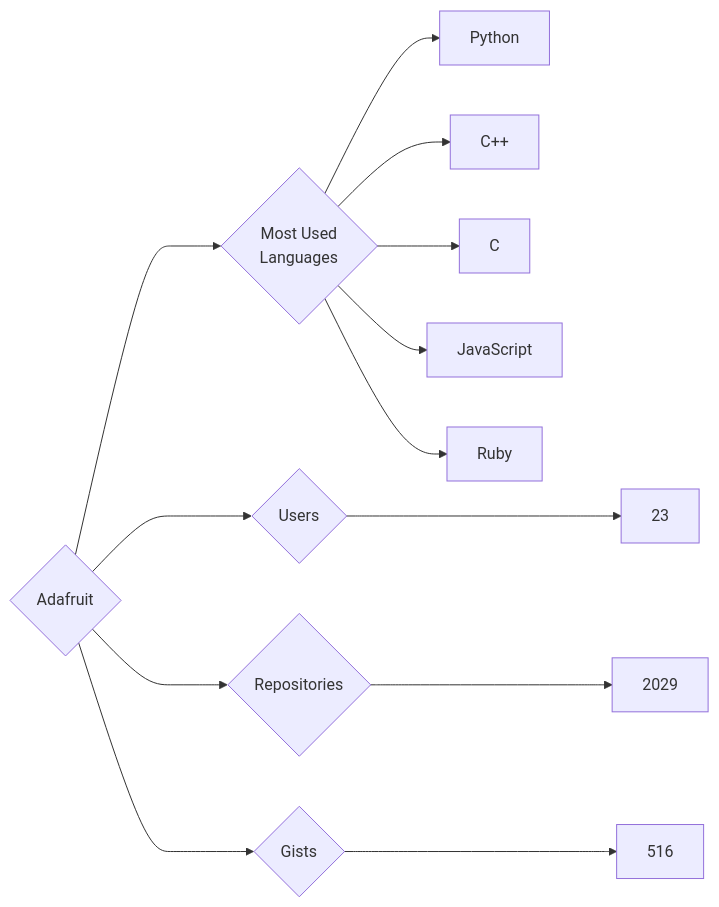
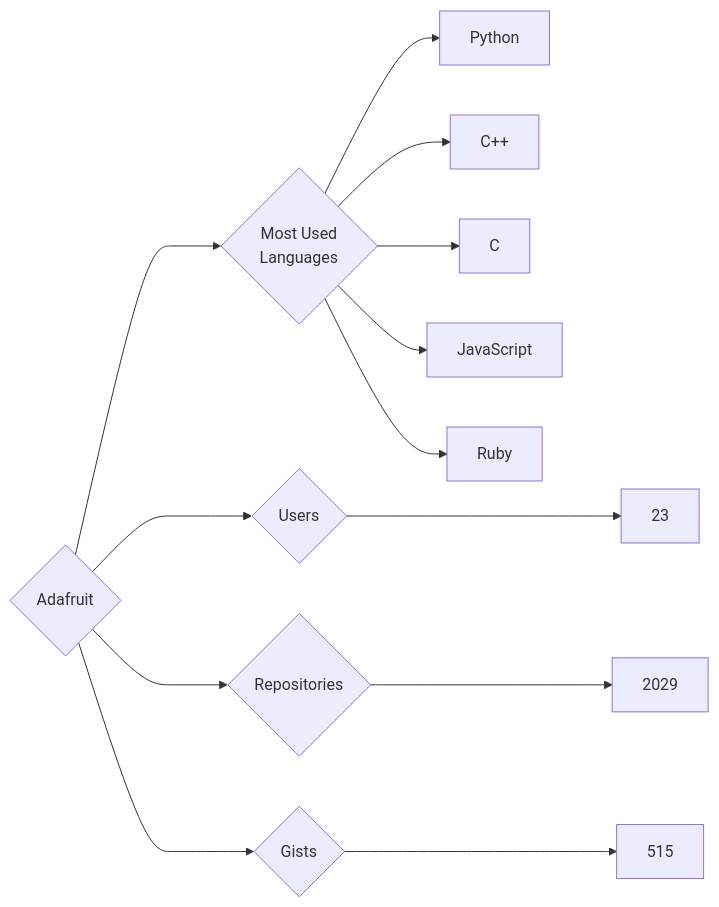
Before and after one commit to nenadzaric/insiders: the diagram in targets/Adafruit/README.md, drawn with Mermaid. The commit also changed 28 other files, not shown here.

````diff
--- a/targets/Adafruit/README.md
+++ b/targets/Adafruit/README.md
@@ -3,13 +3,13 @@
 ```mermaid
 graph LR
 COMPANY_NAME{Adafruit}
 COMPANY_NAME ---> U{Users} ---> UN[23]
 COMPANY_NAME ---> R{Repositories} ---> RN[2029]
-COMPANY_NAME ---> G{Gists} ---> GN[516]
+COMPANY_NAME ---> G{Gists} ---> GN[515]
 COMPANY_NAME ---> ML{Most Used<br>Languages}
 ML --> Python[Python]
 ML --> C++[C++]
 ML --> C[C]
 ML --> JavaScript[JavaScript]
 ML --> Ruby[Ruby]
 ```
````
